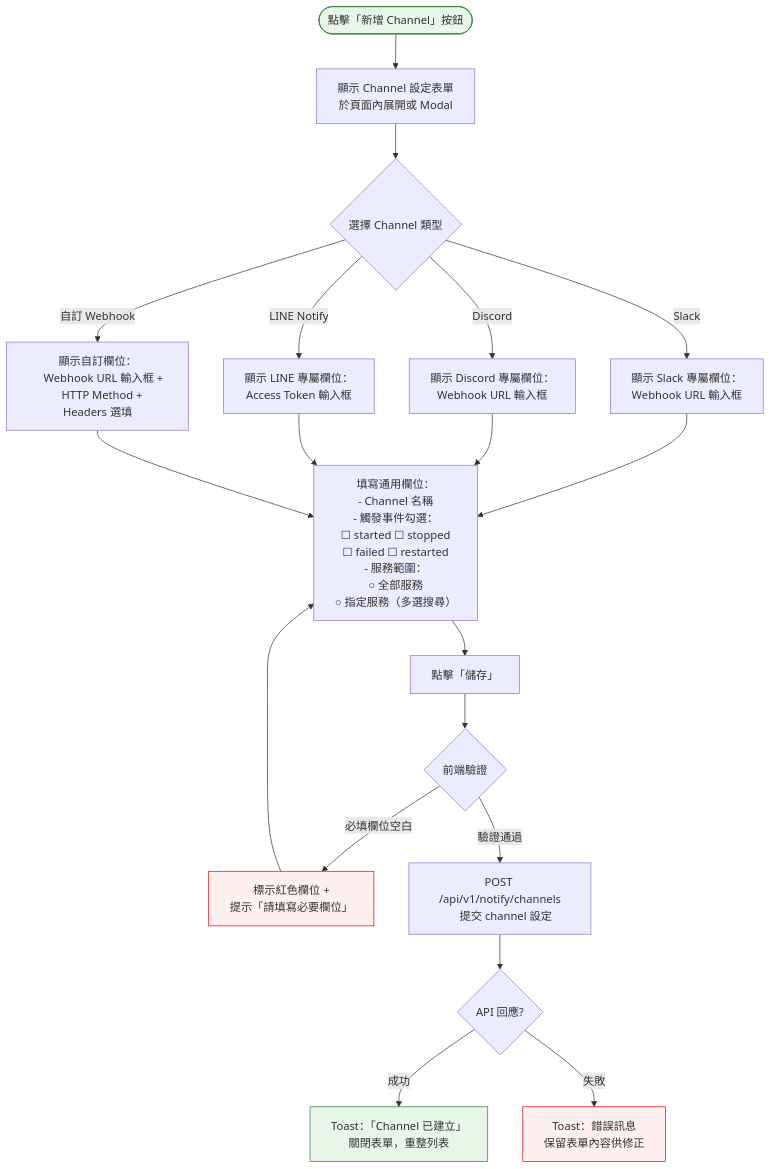
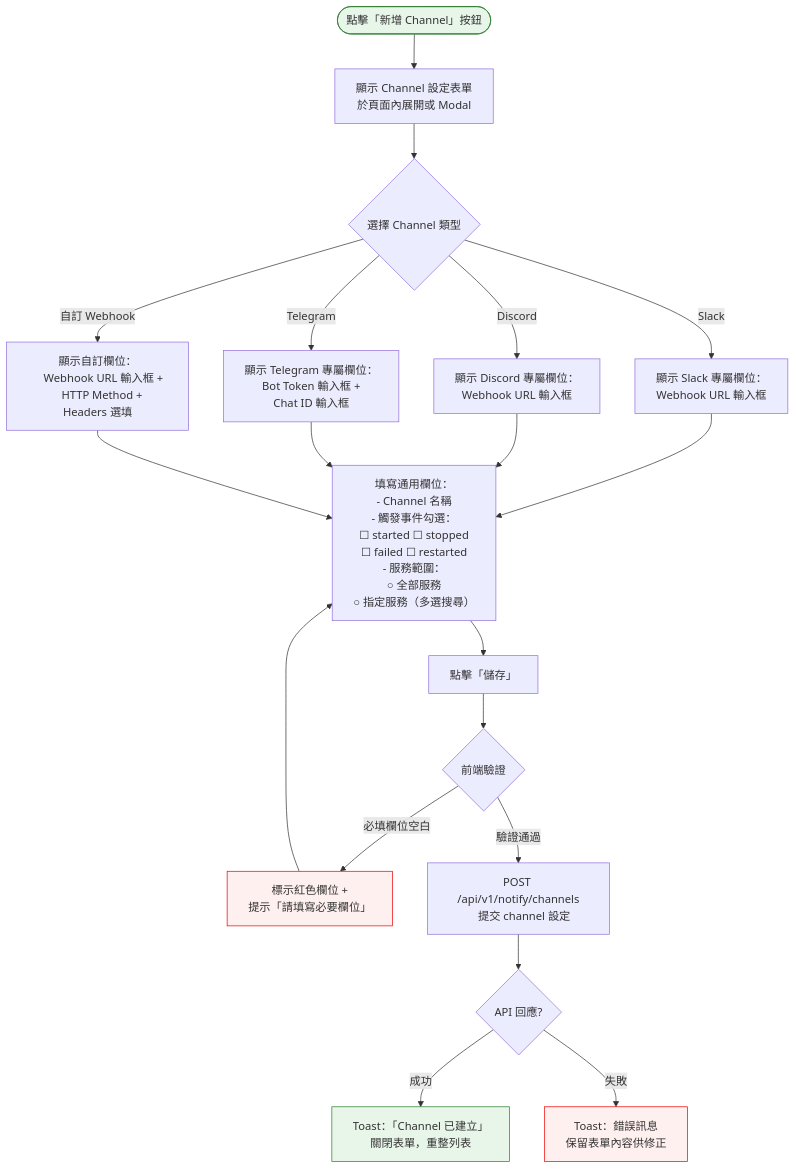
One commit to YuHaoLiaoSideProject/LinuxServiceManger changed the second of 5 diagrams in docs/interaction-flows/013-webhook-notification.md. Above: the diagram before and after it, drawn with Mermaid. The commit also changed other lines of this file and 42 other files, not shown here.

````diff
--- a/docs/interaction-flows/013-webhook-notification.md
+++ b/docs/interaction-flows/013-webhook-notification.md
@@ -90,56 +90,57 @@
 ```mermaid
 flowchart TD
     AddStart([點擊「新增 Channel」按鈕])
 
     AddStart --> OpenForm[顯示 Channel 設定表單
     於頁面內展開或 Modal]
 
     OpenForm --> SelectType{選擇 Channel 類型}
 
     SelectType -- Slack --> SlackFields[顯示 Slack 專屬欄位：
     Webhook URL 輸入框]
     SelectType -- Discord --> DiscordFields[顯示 Discord 專屬欄位：
     Webhook URL 輸入框]
-    SelectType -- LINE Notify --> LINEFields[顯示 LINE 專屬欄位：
-    Access Token 輸入框]
+    SelectType -- Telegram --> TelegramFields[顯示 Telegram 專屬欄位：
+    Bot Token 輸入框 +
+    Chat ID 輸入框]
     SelectType -- 自訂 Webhook --> CustomFields[顯示自訂欄位：
     Webhook URL 輸入框 +
     HTTP Method + Headers 選填]
 
     SlackFields --> CommonFields
     DiscordFields --> CommonFields
-    LINEFields --> CommonFields
+    TelegramFields --> CommonFields
     CustomFields --> CommonFields
 
     CommonFields[填寫通用欄位：
     - Channel 名稱
     - 觸發事件勾選：
       ☐ started ☐ stopped
       ☐ failed ☐ restarted
     - 服務範圍：
       ○ 全部服務
       ○ 指定服務（多選搜尋）]
 
     CommonFields --> SaveClick[點擊「儲存」]
 
     SaveClick --> Validate{前端驗證}
 
     Validate -- 必填欄位空白 --> ShowValidation[標示紅色欄位 +
     提示「請填寫必要欄位」]
     Validate -- 驗證通過 --> SaveCall[POST /api/v1/notify/channels
     提交 channel 設定]
 
     SaveCall --> SaveResult{API 回應?}
 
     SaveResult -- 成功 --> ToastSuccess[Toast：「Channel 已建立」
     關閉表單，重整列表]
     SaveResult -- 失敗 --> ToastError[Toast：錯誤訊息
     保留表單內容供修正]
 
     ShowValidation --> CommonFields
 
     style AddStart fill:#e8f5e9,stroke:#2e7d32
     style ToastSuccess fill:#e8f5e9,stroke:#2e7d32
     style ToastError fill:#fff0f0,stroke:#e00
     style ShowValidation fill:#fff0f0,stroke:#e00
 ```
````
